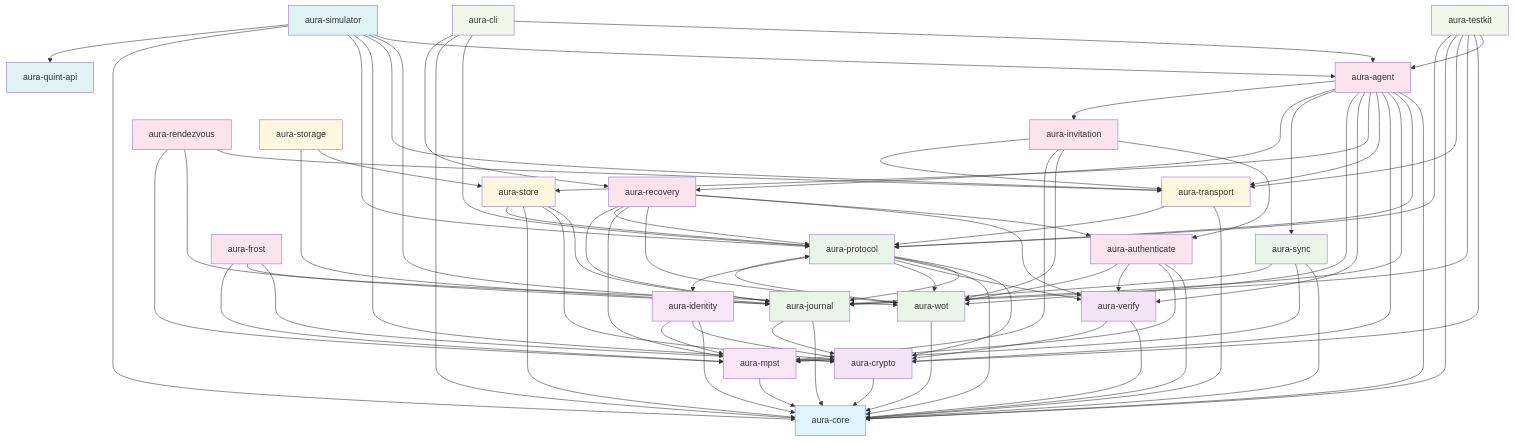
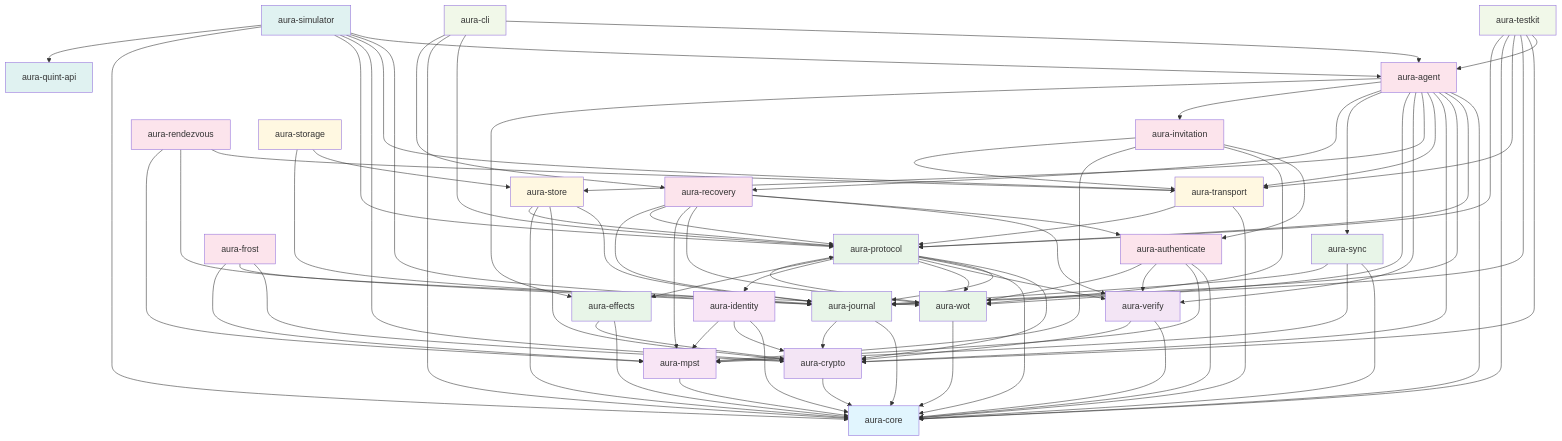
One commit to hxrts/aura changed the diagram in docs/999_crate_wiring.md. Above: the diagram before and after it, drawn with Mermaid. The commit also changed other lines of this file and 260 other files, not shown here.

```diff
--- a/docs/999_crate_wiring.md
+++ b/docs/999_crate_wiring.md
@@ -40,6 +41,9 @@
     %% Cryptography Layer
     crypto[aura-crypto]
     verify[aura-verify]
+
+    %% Implementation Layer (Standard Library)
+    effects[aura-effects]
 
     %% Type System & Protocol Specs
     mpst[aura-mpst]
@@ -80,6 +84,8 @@
     crypto --> types
     verify --> types
     verify --> crypto
+    effects --> types
+    effects --> crypto
     mpst --> types
     identity --> types
     identity --> crypto
@@ -98,6 +104,7 @@
     protocol --> verify
     protocol --> wot
     protocol --> identity
+    protocol --> effects
     wot --> types
     wot --> protocol
     sync --> types
@@ -136,6 +143,7 @@
     agent --> sync
     agent --> recovery
     agent --> invitation
+    agent --> effects
     testkit --> agent
     testkit --> crypto
     testkit --> journal
@@ -157,6 +165,7 @@
     %% Styling
     classDef foundation fill:#e1f5fe
     classDef crypto fill:#f3e5f5
+    classDef effects fill:#e8f5e8
     classDef types fill:#f8e5f5
     classDef protocol fill:#e8f5e8
     classDef storage fill:#fff8e1
@@ -166,6 +175,7 @@
 
     class types foundation
     class crypto,verify crypto
+    class effects effects
     class mpst,identity types
     class journal,protocol,wot,sync protocol
     class transport,store,storage storage
```
